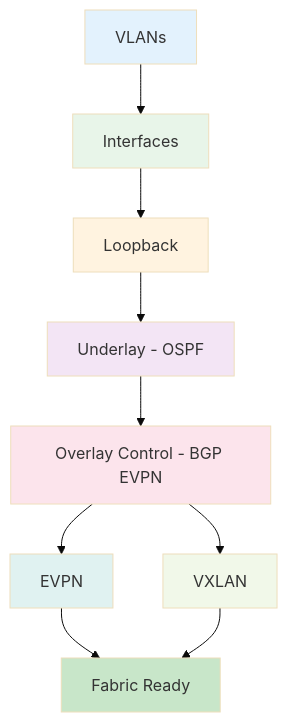
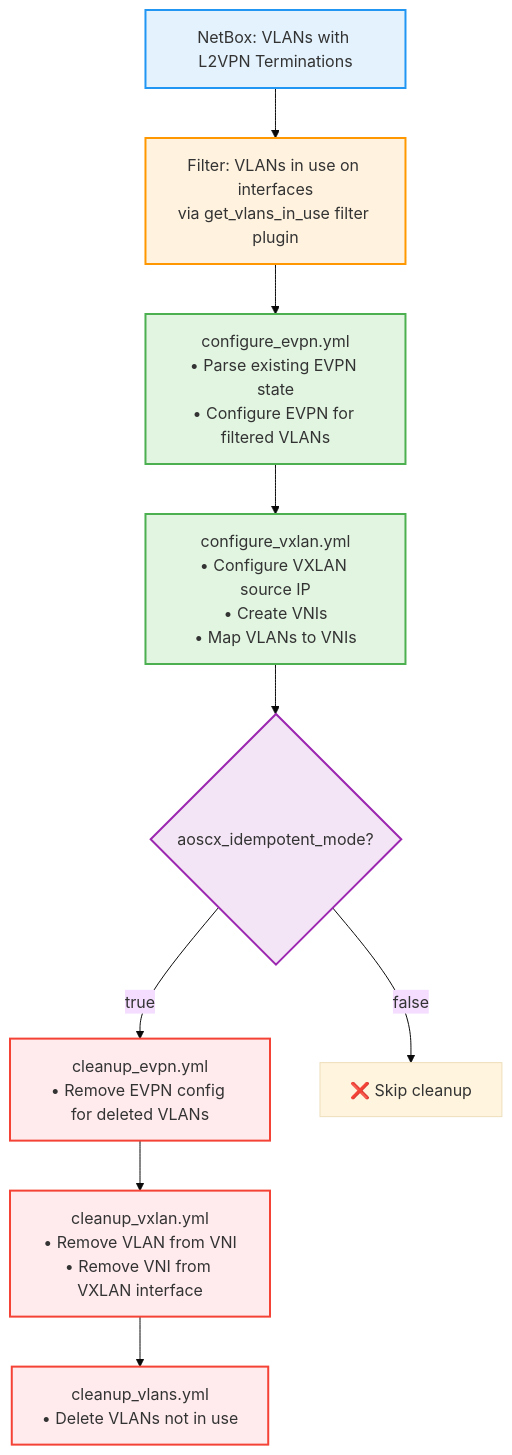
One commit to aopdal/ansible-role-aruba-cx-switch changed the diagram in docs/EVPN_VXLAN_CONFIGURATION.md. Above: the diagram before and after it, drawn with Mermaid (base theme). The commit also changed other lines of this file and 19 other files, not shown here.

````diff
--- a/docs/EVPN_VXLAN_CONFIGURATION.md
+++ b/docs/EVPN_VXLAN_CONFIGURATION.md
@@ -771,29 +142,33 @@
 ```mermaid
 flowchart TD
-    VLANs[VLANs]
-    Interfaces[Interfaces]
-    Loopback[Loopback]
-    Underlay[Underlay - OSPF]
-    Overlay[Overlay Control - BGP EVPN]
-    EVPN[EVPN]
-    VXLAN[VXLAN]
-    Ready[Fabric Ready]
+    NetBox[NetBox: VLANs with L2VPN Terminations]
+    Filter[Filter: VLANs in use on interfaces<br/>via get_vlans_in_use filter plugin]
+    EVPN[configure_evpn.yml<br/>• Parse existing EVPN state<br/>• Configure EVPN for filtered VLANs]
+    VXLAN[configure_vxlan.yml<br/>• Configure VXLAN source IP<br/>• Create VNIs<br/>• Map VLANs to VNIs]
+    CheckMode{aoscx_idempotent_mode?}
+    CleanupEVPN[cleanup_evpn.yml<br/>• Remove EVPN config for deleted VLANs]
+    CleanupVXLAN[cleanup_vxlan.yml<br/>• Remove VLAN from VNI<br/>• Remove VNI from VXLAN interface]
+    CleanupVLANs[cleanup_vlans.yml<br/>• Delete VLANs not in use]
+    Skip[❌ Skip cleanup]
 
-    VLANs --> Interfaces
-    Interfaces --> Loopback
-    Loopback --> Underlay
-    Underlay --> Overlay
-    Overlay --> EVPN
-    Overlay --> VXLAN
-    EVPN --> Ready
-    VXLAN --> Ready
+    NetBox --> Filter
+    Filter --> EVPN
+    EVPN --> VXLAN
+    VXLAN --> CheckMode
+    CheckMode -->|true| CleanupEVPN
+    CleanupEVPN --> CleanupVXLAN
+    CleanupVXLAN --> CleanupVLANs
+    CheckMode -->|false| Skip
 
-    style VLANs fill:#e3f2fd
-    style Interfaces fill:#e8f5e9
-    style Loopback fill:#fff3e0
-    style Underlay fill:#f3e5f5
-    style Overlay fill:#fce4ec
-    style EVPN fill:#e0f2f1
-    style VXLAN fill:#f1f8e9
-    style Ready fill:#c8e6c9
+    classDef netboxClass fill:#e3f2fd,stroke:#2196f3,stroke-width:2px
+    classDef filterClass fill:#fff3e0,stroke:#ff9800,stroke-width:2px
+    classDef configClass fill:#e1f5e1,stroke:#4caf50,stroke-width:2px
+    classDef cleanupClass fill:#ffebee,stroke:#f44336,stroke-width:2px
+    classDef decisionClass fill:#f3e5f5,stroke:#9c27b0,stroke-width:2px
+
+    class NetBox netboxClass
+    class Filter filterClass
+    class EVPN,VXLAN configClass
+    class CleanupEVPN,CleanupVXLAN,CleanupVLANs cleanupClass
+    class CheckMode decisionClass
 ```
````
